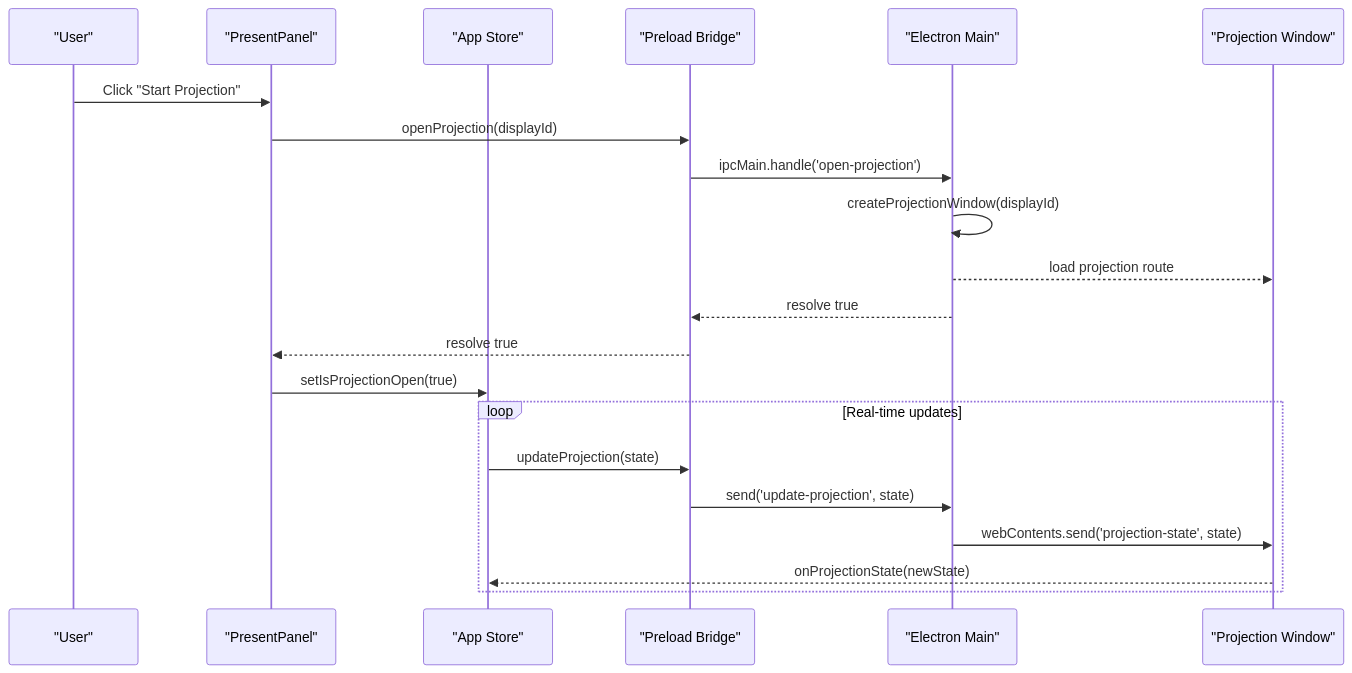
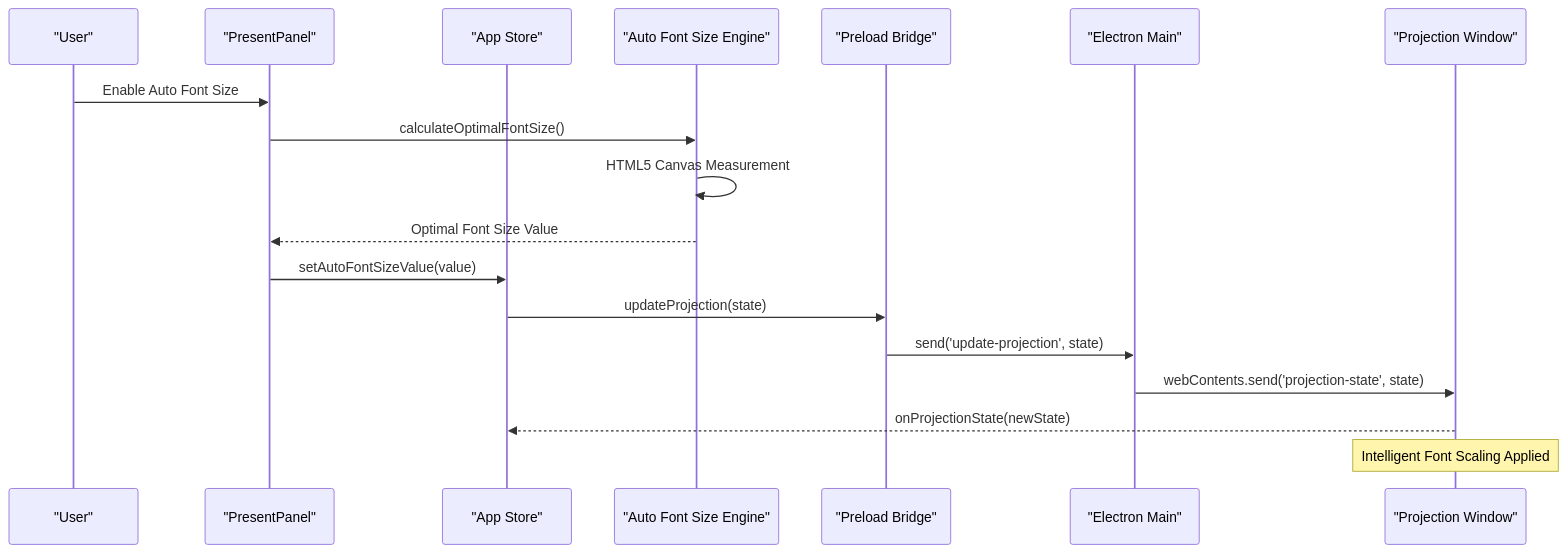
The second of 5 diagrams in .qoder/repowiki/en/content/User Interface Components/Presentation Controls Component.md (jimmywyk/lyricdeck), drawn with Mermaid before and after one commit. The commit also changed other lines of this file and 4 other files, not shown here.

````diff
--- a/.qoder/repowiki/en/content/User Interface Components/Presentation Controls Component.md
+++ b/.qoder/repowiki/en/content/User Interface Components/Presentation Controls Component.md
@@ -100,23 +109,20 @@
 ```mermaid
 sequenceDiagram
 participant User as "User"
 participant PP as "PresentPanel"
 participant Store as "App Store"
+participant AUTO as "Auto Font Size Engine"
 participant IPC as "Preload Bridge"
 participant Main as "Electron Main"
 participant PW as "Projection Window"
-User->>PP : Click "Start Projection"
-PP->>IPC : openProjection(displayId)
-IPC->>Main : ipcMain.handle('open-projection')
-Main->>Main : createProjectionWindow(displayId)
-Main-->>PW : load projection route
-Main-->>IPC : resolve true
-IPC-->>PP : resolve true
-PP->>Store : setIsProjectionOpen(true)
-loop Real-time updates
+User->>PP : Enable Auto Font Size
+PP->>AUTO : calculateOptimalFontSize()
+AUTO->>AUTO : HTML5 Canvas Measurement
+AUTO-->>PP : Optimal Font Size Value
+PP->>Store : setAutoFontSizeValue(value)
 Store->>IPC : updateProjection(state)
 IPC->>Main : send('update-projection', state)
 Main->>PW : webContents.send('projection-state', state)
 PW-->>Store : onProjectionState(newState)
-end
+Note over PW : Intelligent Font Scaling Applied
 ```
````
